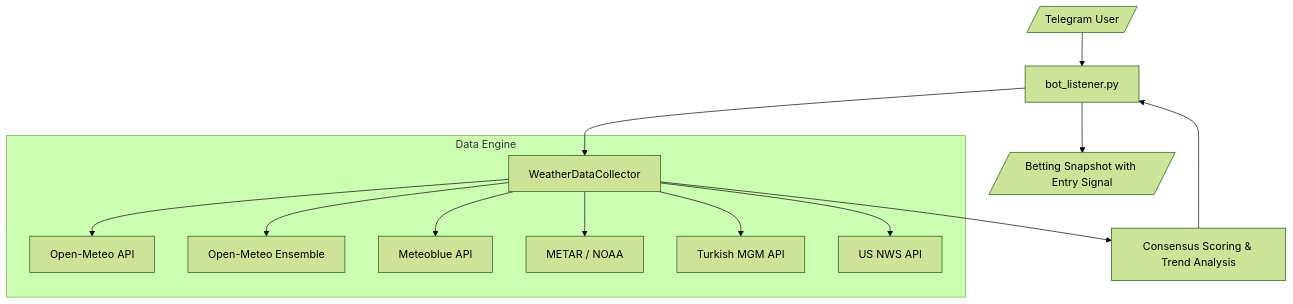
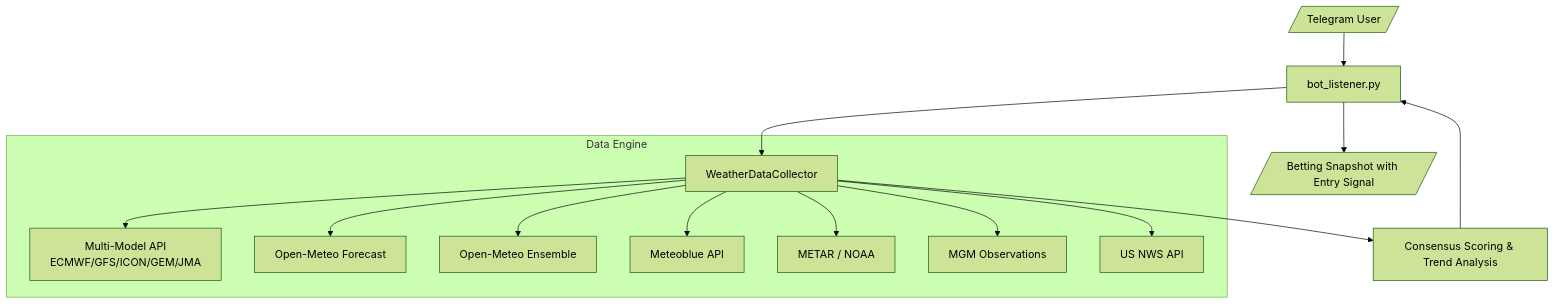
One commit to yangyuan-zhen/PolyWeather changed the diagram in README.md. Above: the diagram before and after it, drawn with Mermaid (forest theme). The commit also changed other lines of this file and 1 other file, not shown here.

Commit message:
docs: Detail multi-model consensus scoring, Open-Meteo API architecture, airport-aligned NWP queries, and ensemble divergence detection.

````diff
--- a/README.md
+++ b/README.md
@@ -187,18 +223,19 @@
 ```mermaid
 graph TD
     User[/Telegram User/] --> Bot[bot_listener.py]
     Bot --> Collector[WeatherDataCollector]
 
     subgraph "Data Engine"
-        Collector --> OM[Open-Meteo API]
+        Collector --> MM[Multi-Model API<br/>ECMWF/GFS/ICON/GEM/JMA]
+        Collector --> OM[Open-Meteo Forecast]
         Collector --> ENS[Open-Meteo Ensemble]
         Collector --> MB[Meteoblue API]
         Collector --> NOAA[METAR / NOAA]
-        Collector --> MGM[Turkish MGM API]
+        Collector --> MGM[MGM Observations]
         Collector --> NWS[US NWS API]
     end
 
     Collector --> Processing[Consensus Scoring & Trend Analysis]
     Processing --> Bot
     Bot --> Response[/Betting Snapshot with Entry Signal/]
 ```
````
